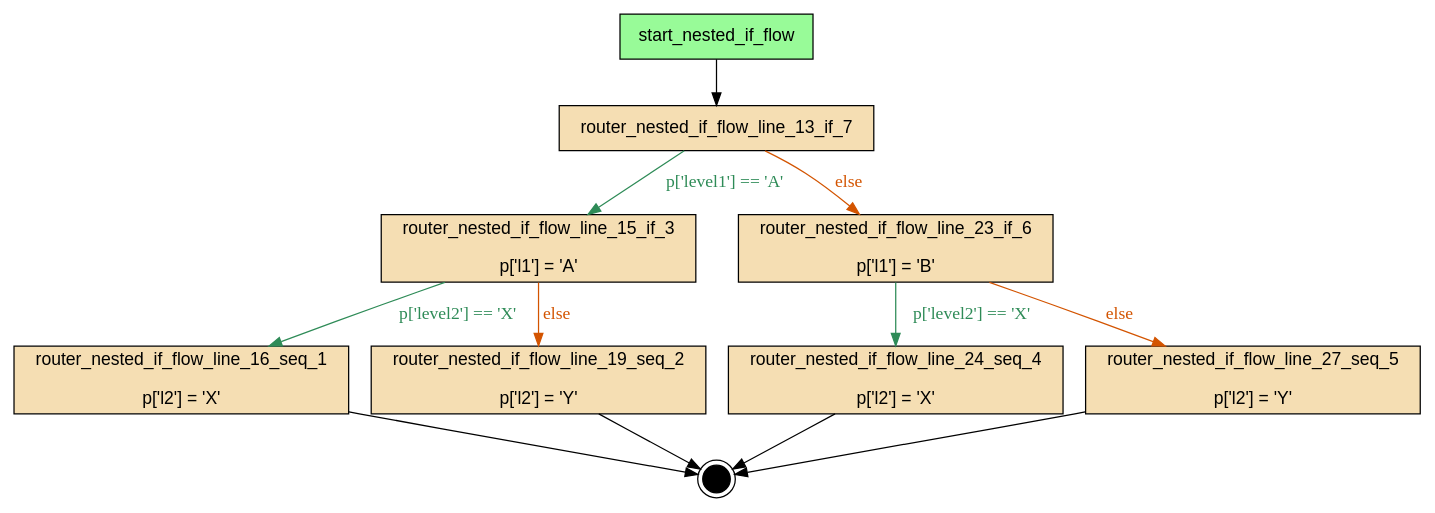
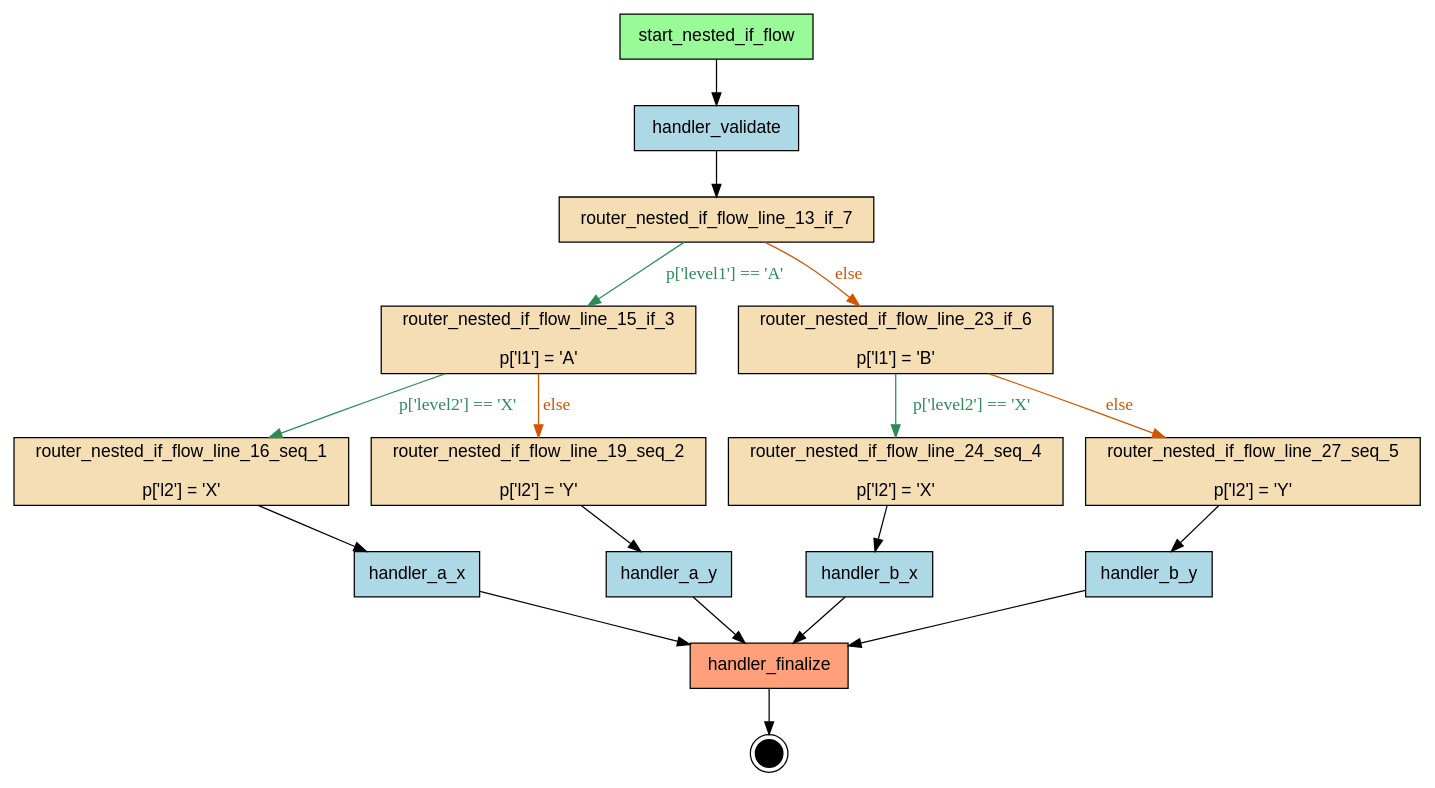
One commit to deliveryhero/asya changed the diagram in examples/flows/compiled/nested_if/flow.dot. Above: the diagram before and after it, drawn with Graphviz. The commit also changed 625 other files, not shown here.

```diff
--- a/examples/flows/compiled/nested_if/flow.dot
+++ b/examples/flows/compiled/nested_if/flow.dot
@@ -1,29 +1,41 @@
 digraph "nested_if_flow" {
     rankdir=TB;
     node [shape=box, style=filled, fontname="Helvetica"];
 
     { rank=source; start_nested_if_flow; }
 
+    handler_a_x [label="handler_a_x", fillcolor=lightblue];
+    handler_a_y [label="handler_a_y", fillcolor=lightblue];
+    handler_b_x [label="handler_b_x", fillcolor=lightblue];
+    handler_b_y [label="handler_b_y", fillcolor=lightblue];
+    handler_finalize [label="handler_finalize", fillcolor=lightsalmon];
+    handler_validate [label="handler_validate", fillcolor=lightblue];
     router_nested_if_flow_line_13_if_7 [label="router_nested_if_flow_line_13_if_7", fillcolor=wheat];
     router_nested_if_flow_line_15_if_3 [label="router_nested_if_flow_line_15_if_3\n\np['l1'] = 'A'", fillcolor=wheat];
     router_nested_if_flow_line_16_seq_1 [label="router_nested_if_flow_line_16_seq_1\n\np['l2'] = 'X'", fillcolor=wheat];
     router_nested_if_flow_line_19_seq_2 [label="router_nested_if_flow_line_19_seq_2\n\np['l2'] = 'Y'", fillcolor=wheat];
     router_nested_if_flow_line_23_if_6 [label="router_nested_if_flow_line_23_if_6\n\np['l1'] = 'B'", fillcolor=wheat];
     router_nested_if_flow_line_24_seq_4 [label="router_nested_if_flow_line_24_seq_4\n\np['l2'] = 'X'", fillcolor=wheat];
     router_nested_if_flow_line_27_seq_5 [label="router_nested_if_flow_line_27_seq_5\n\np['l2'] = 'Y'", fillcolor=wheat];
     start_nested_if_flow [label="start_nested_if_flow", fillcolor=palegreen];
 
     __end__ [label="", shape=doublecircle, fillcolor=black, width=0.3, fixedsize=true];
 
-    start_nested_if_flow -> router_nested_if_flow_line_13_if_7;
+    start_nested_if_flow -> handler_validate;
+    handler_validate -> router_nested_if_flow_line_13_if_7;
+    router_nested_if_flow_line_16_seq_1 -> handler_a_x;
+    router_nested_if_flow_line_19_seq_2 -> handler_a_y;
     router_nested_if_flow_line_15_if_3 -> router_nested_if_flow_line_16_seq_1 [label="p['level2'] == 'X'", color="#2E8B57", fontcolor="#2E8B57"];
     router_nested_if_flow_line_15_if_3 -> router_nested_if_flow_line_19_seq_2 [label="else", color="#D35400", fontcolor="#D35400"];
+    router_nested_if_flow_line_24_seq_4 -> handler_b_x;
+    router_nested_if_flow_line_27_seq_5 -> handler_b_y;
     router_nested_if_flow_line_23_if_6 -> router_nested_if_flow_line_24_seq_4 [label="p['level2'] == 'X'", color="#2E8B57", fontcolor="#2E8B57"];
     router_nested_if_flow_line_23_if_6 -> router_nested_if_flow_line_27_seq_5 [label="else", color="#D35400", fontcolor="#D35400"];
     router_nested_if_flow_line_13_if_7 -> router_nested_if_flow_line_15_if_3 [label="p['level1'] == 'A'", color="#2E8B57", fontcolor="#2E8B57"];
     router_nested_if_flow_line_13_if_7 -> router_nested_if_flow_line_23_if_6 [label="else", color="#D35400", fontcolor="#D35400"];
-    router_nested_if_flow_line_16_seq_1 -> __end__;
-    router_nested_if_flow_line_19_seq_2 -> __end__;
-    router_nested_if_flow_line_24_seq_4 -> __end__;
-    router_nested_if_flow_line_27_seq_5 -> __end__;
+    handler_a_x -> handler_finalize;
+    handler_a_y -> handler_finalize;
+    handler_b_x -> handler_finalize;
+    handler_b_y -> handler_finalize;
+    handler_finalize -> __end__;
 }
```
